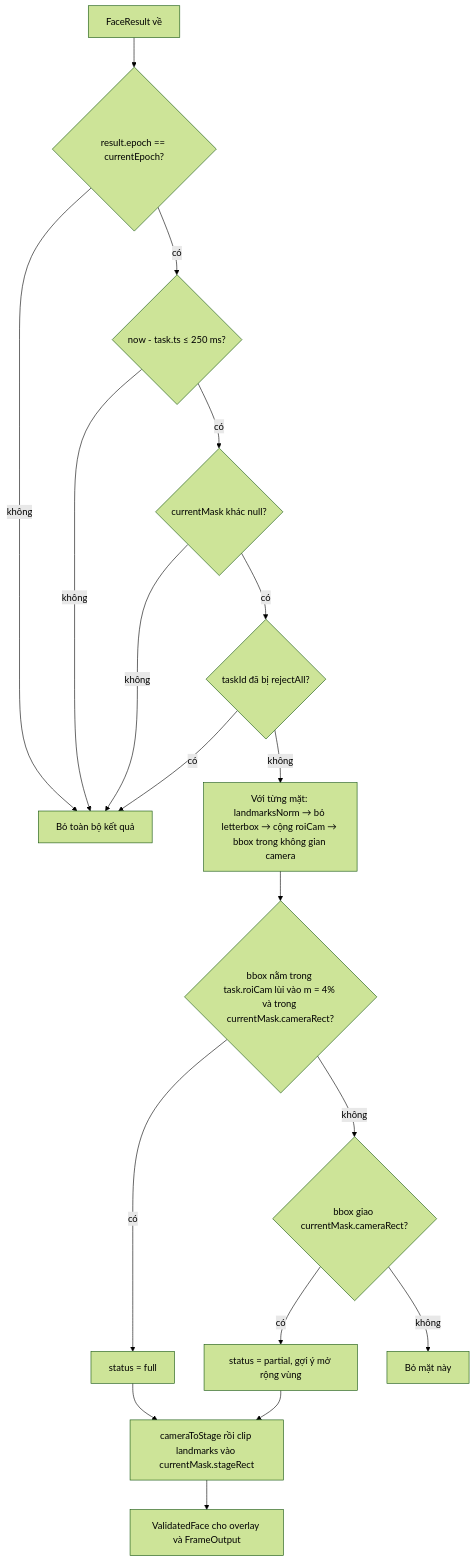
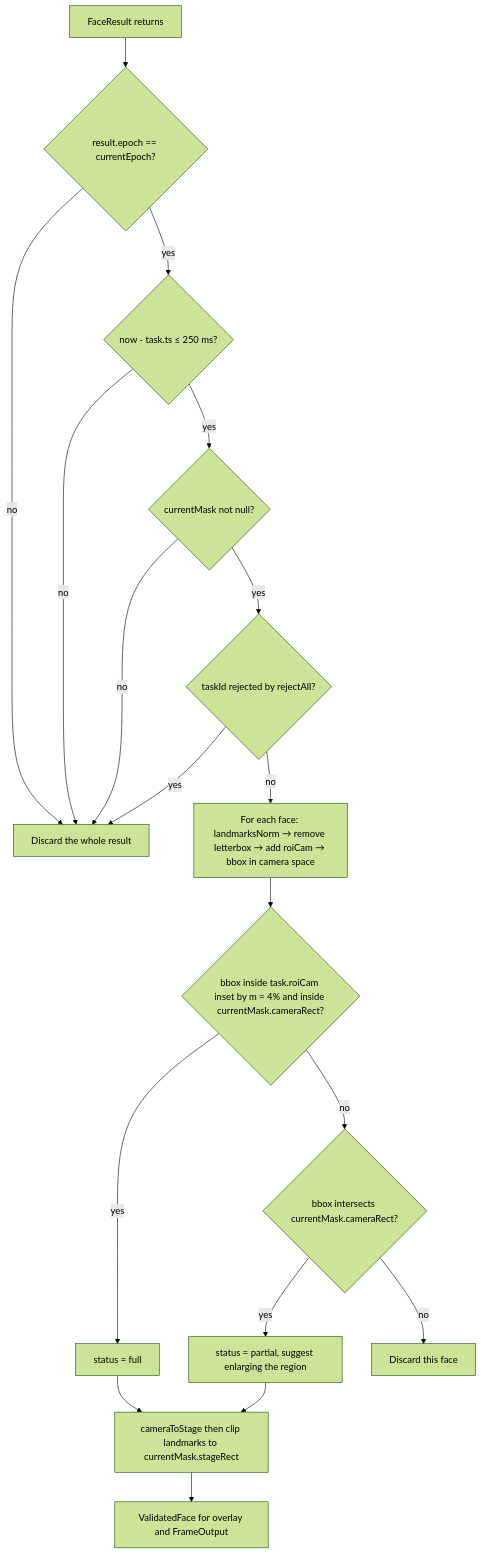
Diagram 14 of 18 in docs/WORK-BREAKDOWN.md (Lorah101204/Finger_And_Face_Tracking), drawn with Mermaid (forest theme) before and after one commit. The commit also changed other lines of this file and 35 other files, not shown here.

````diff
--- a/docs/WORK-BREAKDOWN.md
+++ b/docs/WORK-BREAKDOWN.md
@@ -677,20 +677,20 @@
 ```mermaid
 flowchart TD
-  R["FaceResult về"] --> E{"result.epoch == currentEpoch?"}
-  E -- không --> X1["Bỏ toàn bộ kết quả"]
-  E -- có --> T{"now - task.ts ≤ 250 ms?"}
-  T -- không --> X1
-  T -- có --> M{"currentMask khác null?"}
-  M -- không --> X1
-  M -- có --> J{"taskId đã bị rejectAll?"}
-  J -- có --> X1
-  J -- không --> F["Với từng mặt: landmarksNorm → bỏ letterbox → cộng roiCam → bbox trong không gian camera"]
-  F --> C1{"bbox nằm trong task.roiCam lùi vào m = 4% và trong currentMask.cameraRect?"}
-  C1 -- có --> FULL["status = full"]
-  C1 -- không --> C2{"bbox giao currentMask.cameraRect?"}
-  C2 -- có --> PART["status = partial, gợi ý mở rộng vùng"]
-  C2 -- không --> X2["Bỏ mặt này"]
-  FULL --> CLIP["cameraToStage rồi clip landmarks vào currentMask.stageRect"]
+  R["FaceResult returns"] --> E{"result.epoch == currentEpoch?"}
+  E -- no --> X1["Discard the whole result"]
+  E -- yes --> T{"now - task.ts ≤ 250 ms?"}
+  T -- no --> X1
+  T -- yes --> M{"currentMask not null?"}
+  M -- no --> X1
+  M -- yes --> J{"taskId rejected by rejectAll?"}
+  J -- yes --> X1
+  J -- no --> F["For each face: landmarksNorm → remove letterbox → add roiCam → bbox in camera space"]
+  F --> C1{"bbox inside task.roiCam inset by m = 4% and inside currentMask.cameraRect?"}
+  C1 -- yes --> FULL["status = full"]
+  C1 -- no --> C2{"bbox intersects currentMask.cameraRect?"}
+  C2 -- yes --> PART["status = partial, suggest enlarging the region"]
+  C2 -- no --> X2["Discard this face"]
+  FULL --> CLIP["cameraToStage then clip landmarks to currentMask.stageRect"]
   PART --> CLIP
-  CLIP --> OUT["ValidatedFace cho overlay và FrameOutput"]
+  CLIP --> OUT["ValidatedFace for overlay and FrameOutput"]
 ```
````
